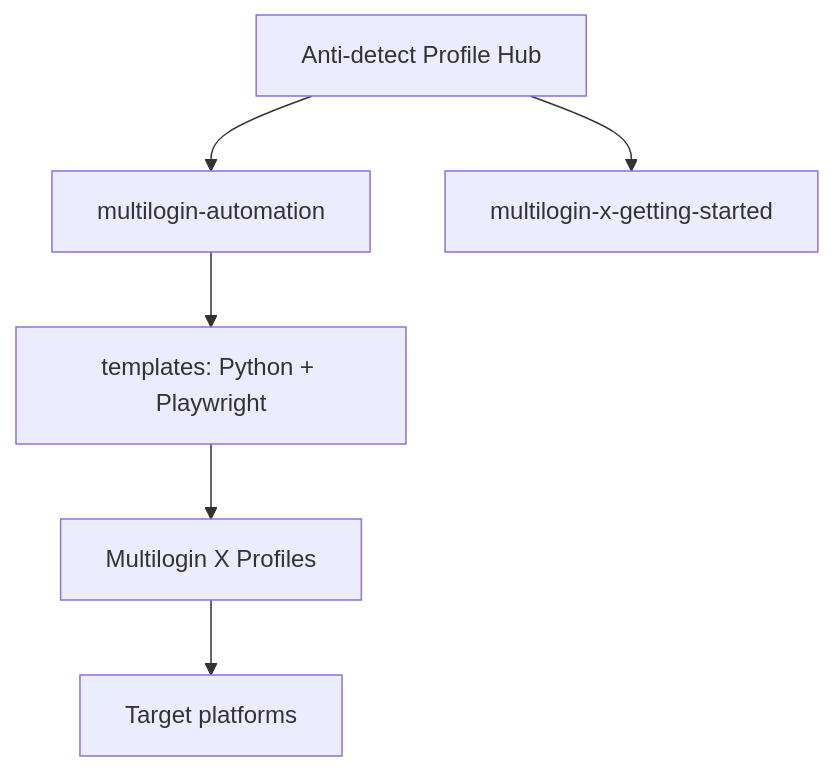
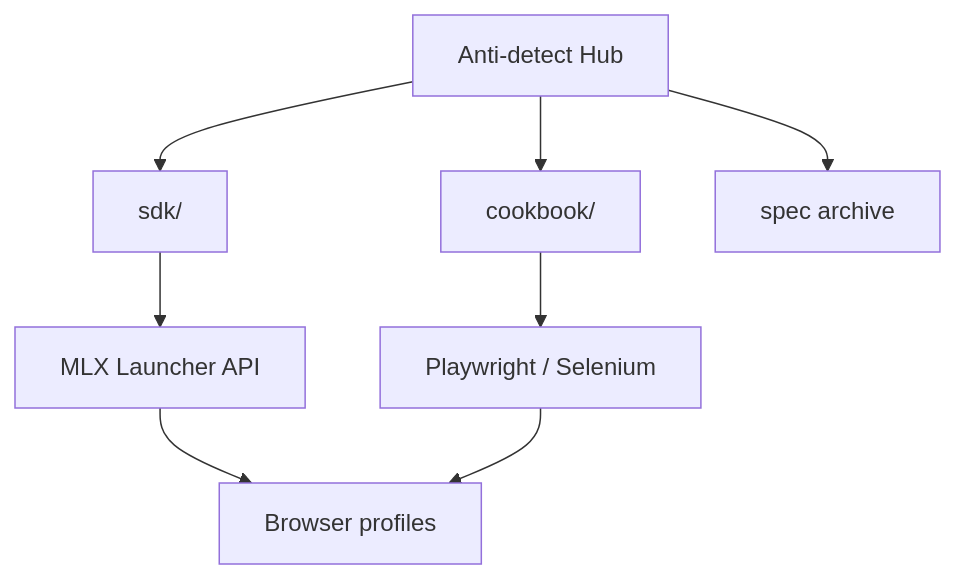
The diagram in README.md (Anti-detect/Anti-detect), drawn with Mermaid before and after one commit. The commit also changed other lines of this file and 45 other files, not shown here.

Commit message:
Rebrand as self-contained MLX hub; remove external kit org links

````diff
--- a/README.md
+++ b/README.md
@@ -93,8 +106,10 @@
 ```mermaid
 flowchart TB
-  H[Anti-detect Profile Hub] --> M[multilogin-automation]
-  H --> G[multilogin-x-getting-started]
-  M --> T[templates: Python + Playwright]
-  T --> MLX[Multilogin X Profiles]
-  MLX --> WEB[Target platforms]
+  H[Anti-detect Hub] --> SDK[sdk/]
+  H --> CB[cookbook/]
+  H --> SPEC[spec archive]
+  SDK --> API[MLX Launcher API]
+  API --> B[Browser profiles]
+  CB --> PW[Playwright / Selenium]
+  PW --> B
 ```
````
